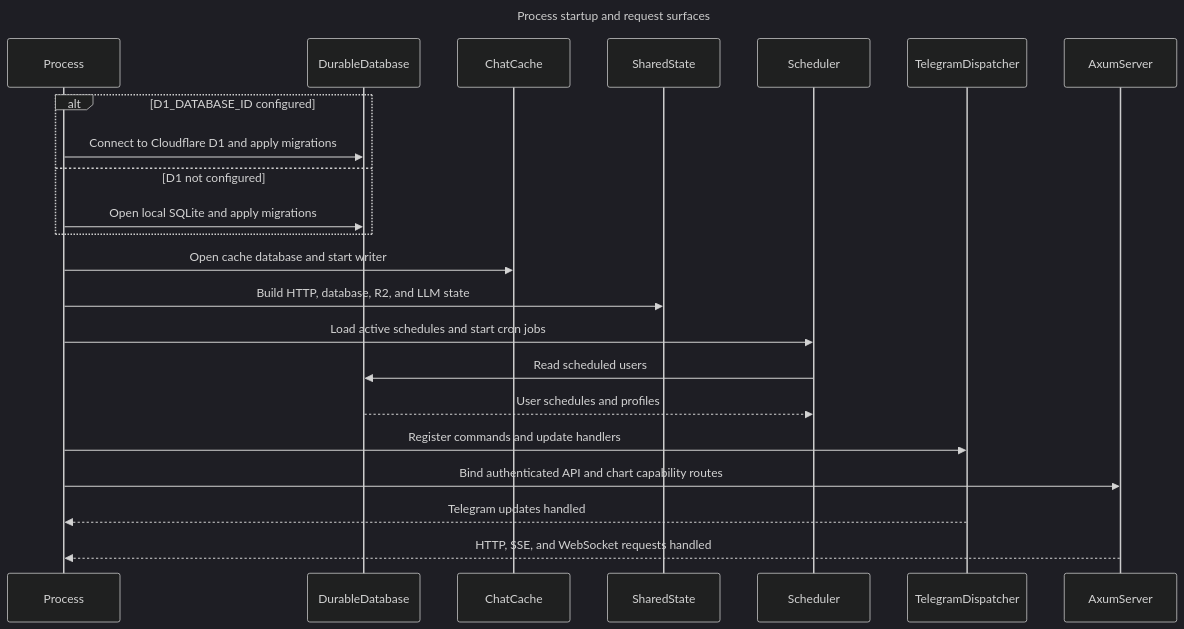
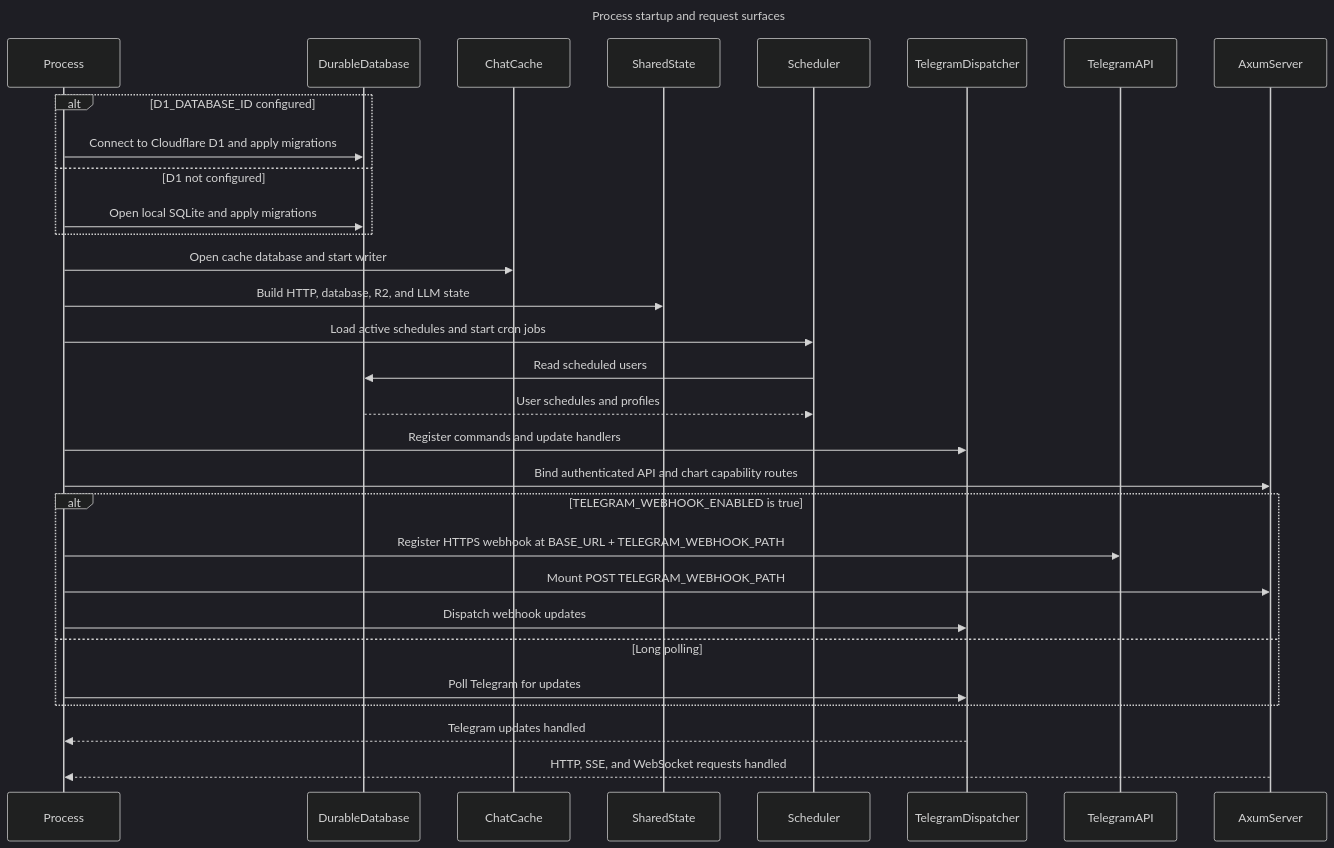
The first of 6 diagrams in docs/project-flow-sequence.md (henius98/BaziFlowAgent), drawn with Mermaid (dark theme) before and after one commit. The commit also changed other lines of this file and 30 other files, not shown here.

Commit message:
Allow skip birth datetime input + enhance llm log + add telegram webhook

````diff
--- a/docs/project-flow-sequence.md
+++ b/docs/project-flow-sequence.md
@@ -7,26 +7,34 @@
 ```mermaid
 sequenceDiagram
     title Process startup and request surfaces
     participant Process
     participant DurableDatabase
     participant ChatCache
     participant SharedState
     participant Scheduler
     participant TelegramDispatcher
+    participant TelegramAPI
     participant AxumServer
 
     alt D1_DATABASE_ID configured
         Process->>DurableDatabase: Connect to Cloudflare D1 and apply migrations
     else D1 not configured
         Process->>DurableDatabase: Open local SQLite and apply migrations
     end
     Process->>ChatCache: Open cache database and start writer
     Process->>SharedState: Build HTTP, database, R2, and LLM state
     Process->>Scheduler: Load active schedules and start cron jobs
     Scheduler->>DurableDatabase: Read scheduled users
     DurableDatabase-->>Scheduler: User schedules and profiles
     Process->>TelegramDispatcher: Register commands and update handlers
     Process->>AxumServer: Bind authenticated API and chart capability routes
+    alt TELEGRAM_WEBHOOK_ENABLED is true
+        Process->>TelegramAPI: Register HTTPS webhook at BASE_URL + TELEGRAM_WEBHOOK_PATH
+        Process->>AxumServer: Mount POST TELEGRAM_WEBHOOK_PATH
+        Process->>TelegramDispatcher: Dispatch webhook updates
+    else Long polling
+        Process->>TelegramDispatcher: Poll Telegram for updates
+    end
     TelegramDispatcher-->>Process: Telegram updates handled
     AxumServer-->>Process: HTTP, SSE, and WebSocket requests handled
 ```
````
